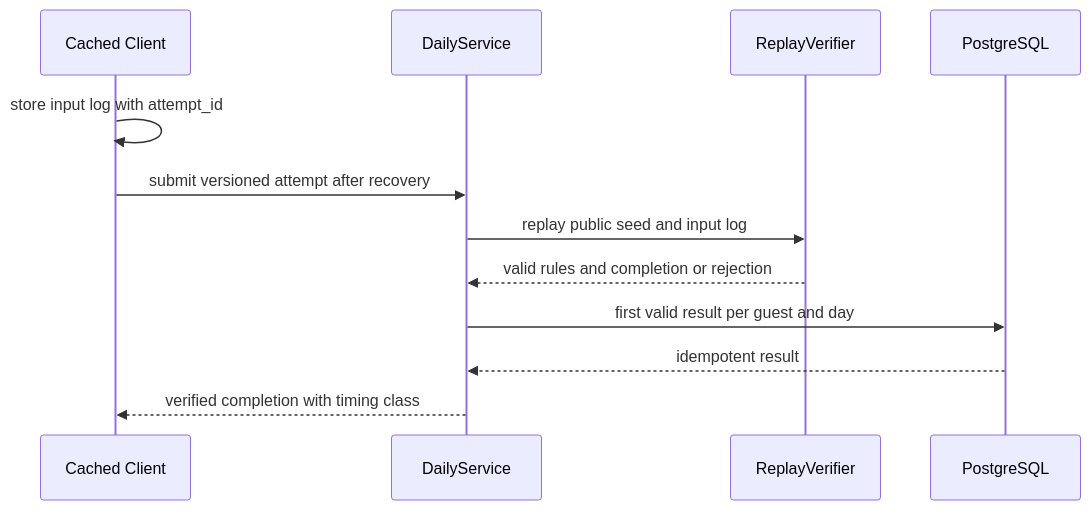
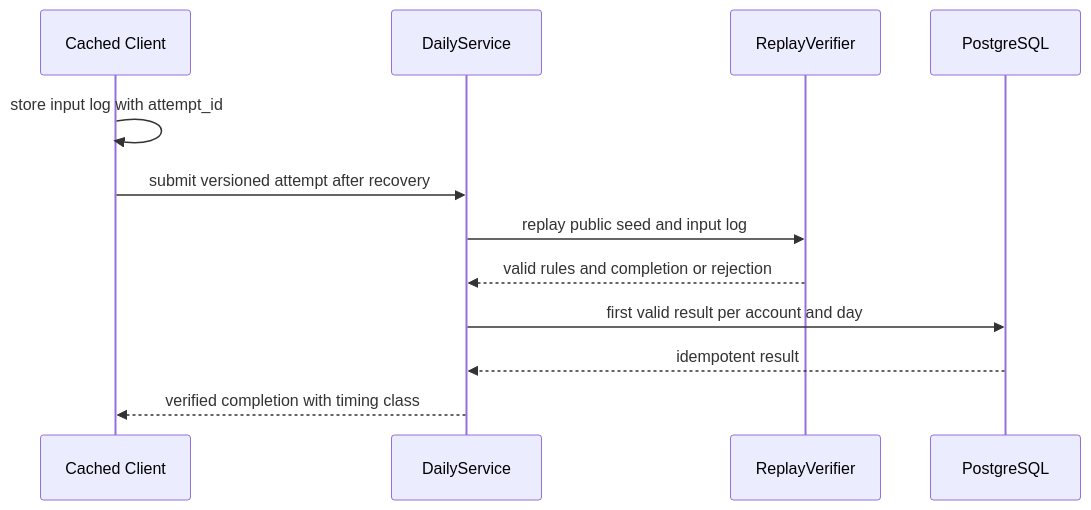
One commit to crystal23733/search-mine changed the fifth of 5 diagrams in docs/design/06-protocol.md. Above: the diagram before and after it, drawn with Mermaid. The commit also changed other lines of this file and 63 other files, not shown here.

````diff
--- a/docs/design/06-protocol.md
+++ b/docs/design/06-protocol.md
@@ -115,14 +123,14 @@
 ```mermaid
 sequenceDiagram
   participant C as Cached Client
   participant D as DailyService
   participant R as ReplayVerifier
   participant DB as PostgreSQL
   C->>C: store input log with attempt_id
   C->>D: submit versioned attempt after recovery
   D->>R: replay public seed and input log
   R-->>D: valid rules and completion or rejection
-  D->>DB: first valid result per guest and day
+  D->>DB: first valid result per account and day
   DB-->>D: idempotent result
   D-->>C: verified completion with timing class
 ```
````
